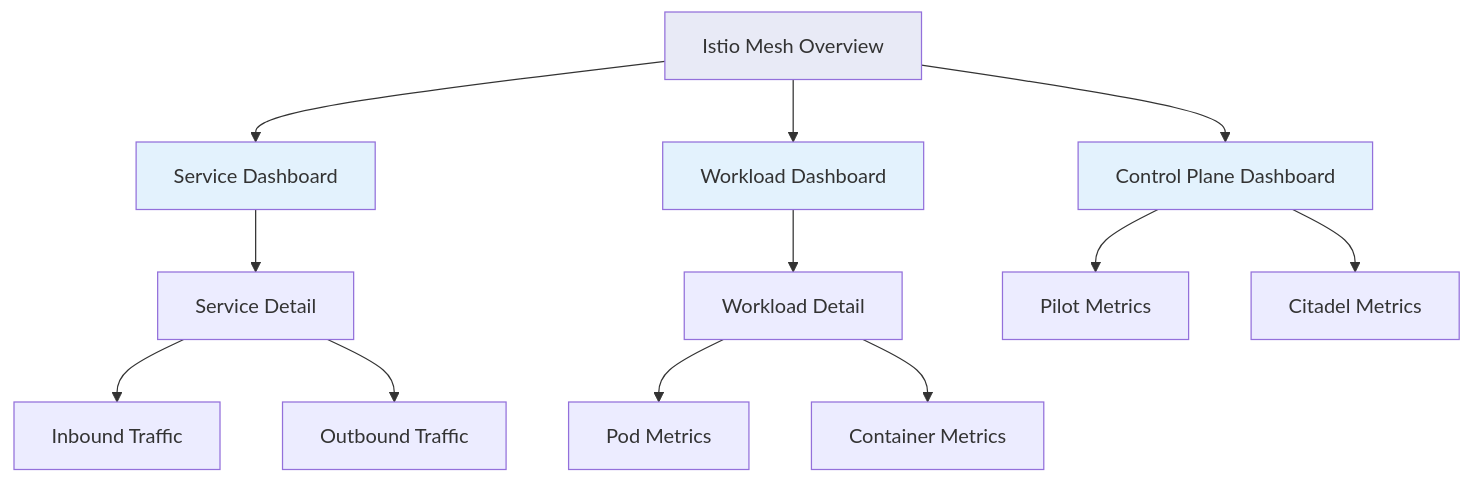
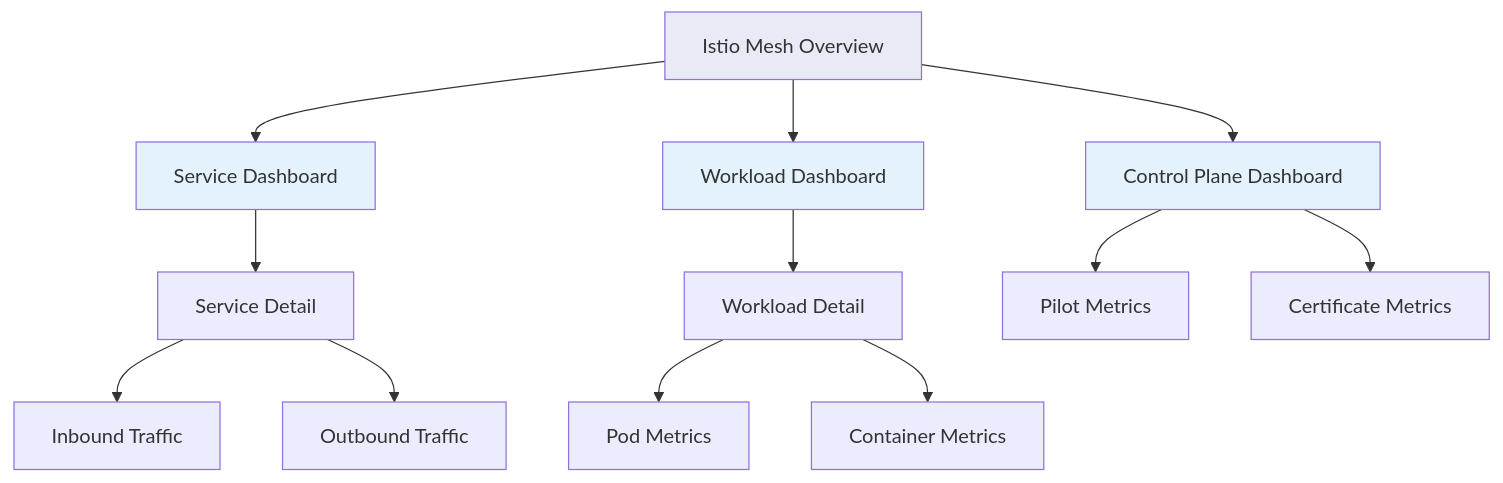
Before and after one commit to OneUptime/blog: the fourth of 5 diagrams in posts/2026-01-07-istio-prometheus-grafana-monitoring/README.md, drawn with Mermaid. The commit also changed other lines of this file and 2 other files, not shown here.

````diff
--- a/posts/2026-01-07-istio-prometheus-grafana-monitoring/README.md
+++ b/posts/2026-01-07-istio-prometheus-grafana-monitoring/README.md
@@ -569,21 +552,21 @@
 ```mermaid
 graph TD
     A[Istio Mesh Overview] --> B[Service Dashboard]
     A --> C[Workload Dashboard]
     A --> D[Control Plane Dashboard]
 
     B --> E[Service Detail]
     C --> F[Workload Detail]
     D --> G[Pilot Metrics]
-    D --> H[Citadel Metrics]
+    D --> H[Certificate Metrics]
 
     E --> I[Inbound Traffic]
     E --> J[Outbound Traffic]
     F --> K[Pod Metrics]
     F --> L[Container Metrics]
 
     style A fill:#e8eaf6
     style B fill:#e3f2fd
     style C fill:#e3f2fd
     style D fill:#e3f2fd
 ```
````
